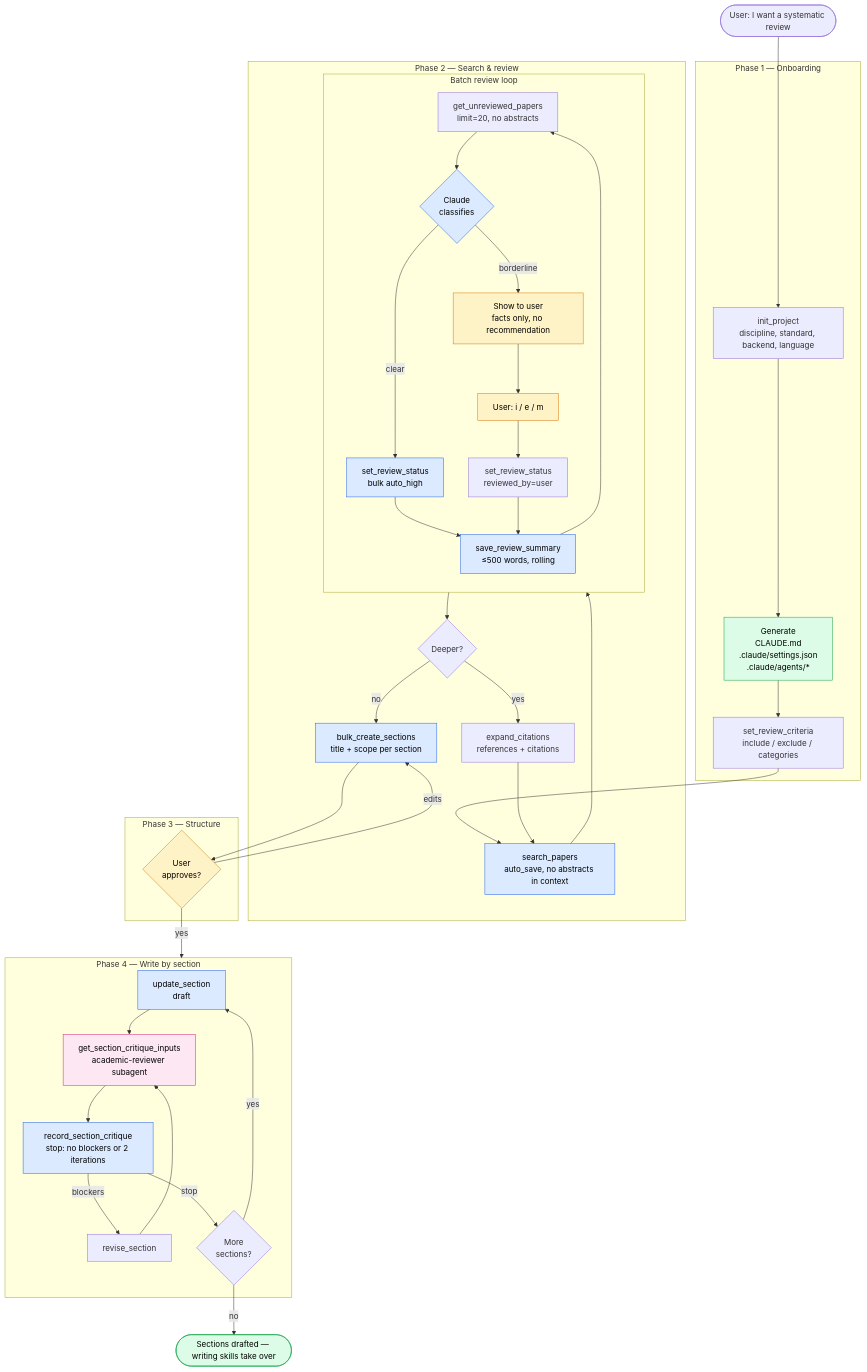
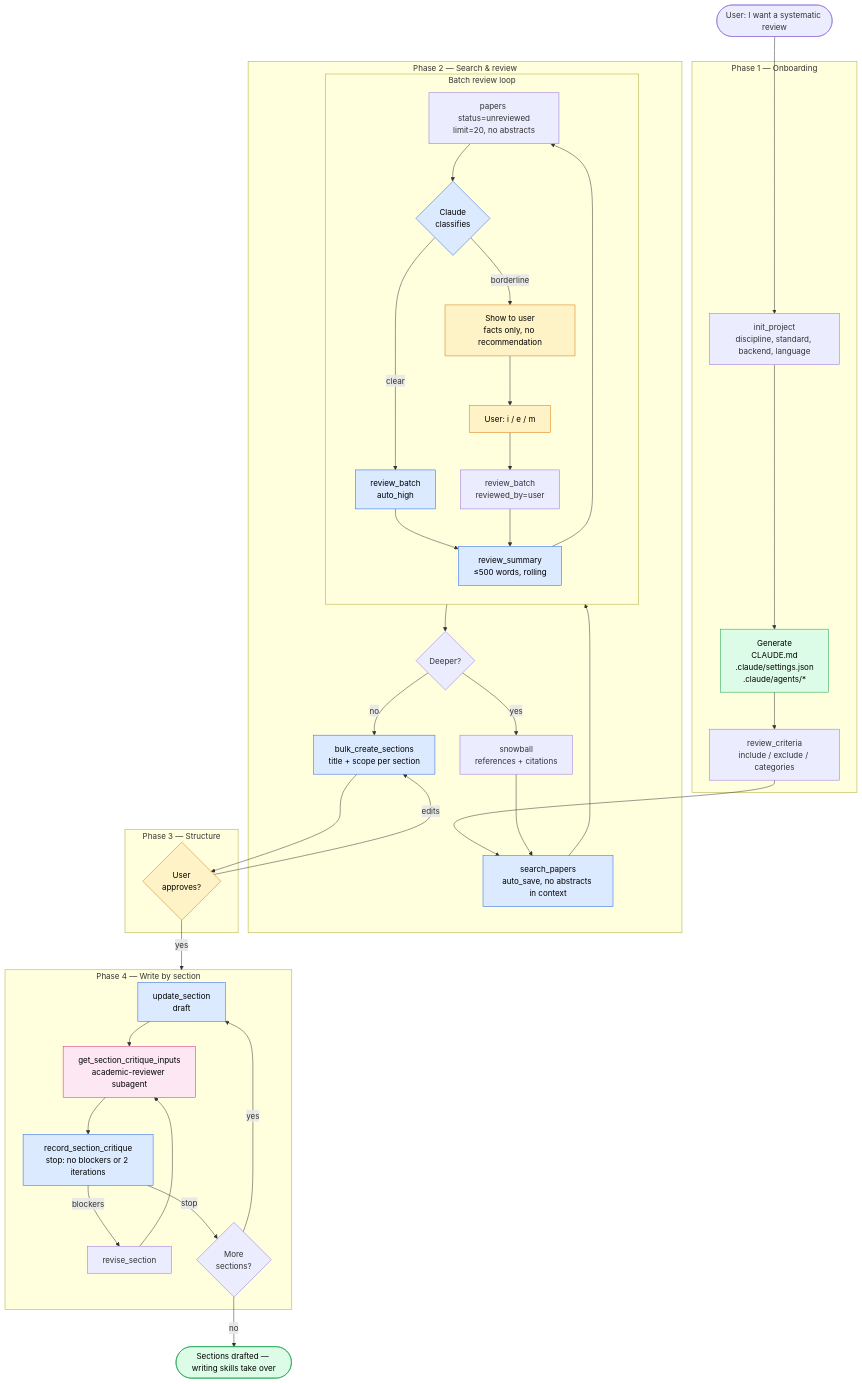
The diagram in README.md (notaskynet/snowcite), drawn with Mermaid before and after one commit. The commit also changed 40 other files, not shown here.

Commit message:
refactor: consolidate tools (68 to 38); review_batch enforces notes

````diff
--- a/README.md
+++ b/README.md
@@ -9,65 +9,65 @@
 ```mermaid
 flowchart TD
     Start([User: I want a systematic review]) --> Init
 
     subgraph Phase1["Phase 1 — Onboarding"]
         Init["init_project<br/>discipline, standard, backend, language"]
         Init --> GenFiles["Generate<br/>CLAUDE.md<br/>.claude/settings.json<br/>.claude/agents/*"]
-        GenFiles --> Criteria["set_review_criteria<br/>include / exclude / categories"]
+        GenFiles --> Criteria["review_criteria<br/>include / exclude / categories"]
     end
 
     Criteria --> Search
 
     subgraph Phase2["Phase 2 — Search &amp; review"]
         Search["search_papers<br/>auto_save, no abstracts in context"]
         Search --> ReviewLoop
 
         subgraph ReviewLoop["Batch review loop"]
             direction TB
-            GetBatch["get_unreviewed_papers<br/>limit=20, no abstracts"]
+            GetBatch["papers status=unreviewed<br/>limit=20, no abstracts"]
             GetBatch --> AutoClassify{"Claude<br/>classifies"}
-            AutoClassify -->|clear| BulkApprove["set_review_status<br/>bulk auto_high"]
+            AutoClassify -->|clear| BulkApprove["review_batch<br/>auto_high"]
             AutoClassify -->|borderline| AskUser["Show to user<br/>facts only, no recommendation"]
             AskUser --> UserDecide["User: i / e / m"]
-            UserDecide --> SingleStatus["set_review_status<br/>reviewed_by=user"]
-            BulkApprove --> Summary["save_review_summary<br/>≤500 words, rolling"]
+            UserDecide --> SingleStatus["review_batch<br/>reviewed_by=user"]
+            BulkApprove --> Summary["review_summary<br/>≤500 words, rolling"]
             SingleStatus --> Summary
             Summary --> GetBatch
         end
 
         ReviewLoop --> Snowball{"Deeper?"}
-        Snowball -->|yes| Expand["expand_citations<br/>references + citations"]
+        Snowball -->|yes| Expand["snowball<br/>references + citations"]
         Expand --> Search
         Snowball -->|no| Outline
     end
 
     subgraph Phase3["Phase 3 — Structure"]
         Outline["bulk_create_sections<br/>title + scope per section"]
         Outline --> OutlineOk{"User<br/>approves?"}
         OutlineOk -->|edits| Outline
     end
 
     OutlineOk -->|yes| Phase4
 
     subgraph Phase4["Phase 4 — Write by section"]
         Draft["update_section<br/>draft"]
         Draft --> Critique["get_section_critique_inputs<br/>academic-reviewer subagent"]
         Critique --> Record["record_section_critique<br/>stop: no blockers or 2 iterations"]
         Record -->|blockers| Revise["revise_section"]
         Revise --> Critique
         Record -->|stop| NextSec{"More<br/>sections?"}
         NextSec -->|yes| Draft
     end
 
     NextSec -->|no| Done([Sections drafted — writing skills take over])
 
     classDef user fill:#fef3c7,stroke:#d97706,color:#000
     classDef auto fill:#dbeafe,stroke:#2563eb,color:#000
     classDef agent fill:#fce7f3,stroke:#db2777,color:#000
     classDef output fill:#dcfce7,stroke:#16a34a,color:#000
 
     class AskUser,UserDecide,OutlineOk,FixLang user
     class AutoClassify,BulkApprove,Search,Summary,Outline,Draft,Record,Compile auto
     class Critique,Humanizer agent
     class Done,GenFiles output
 ```
````
